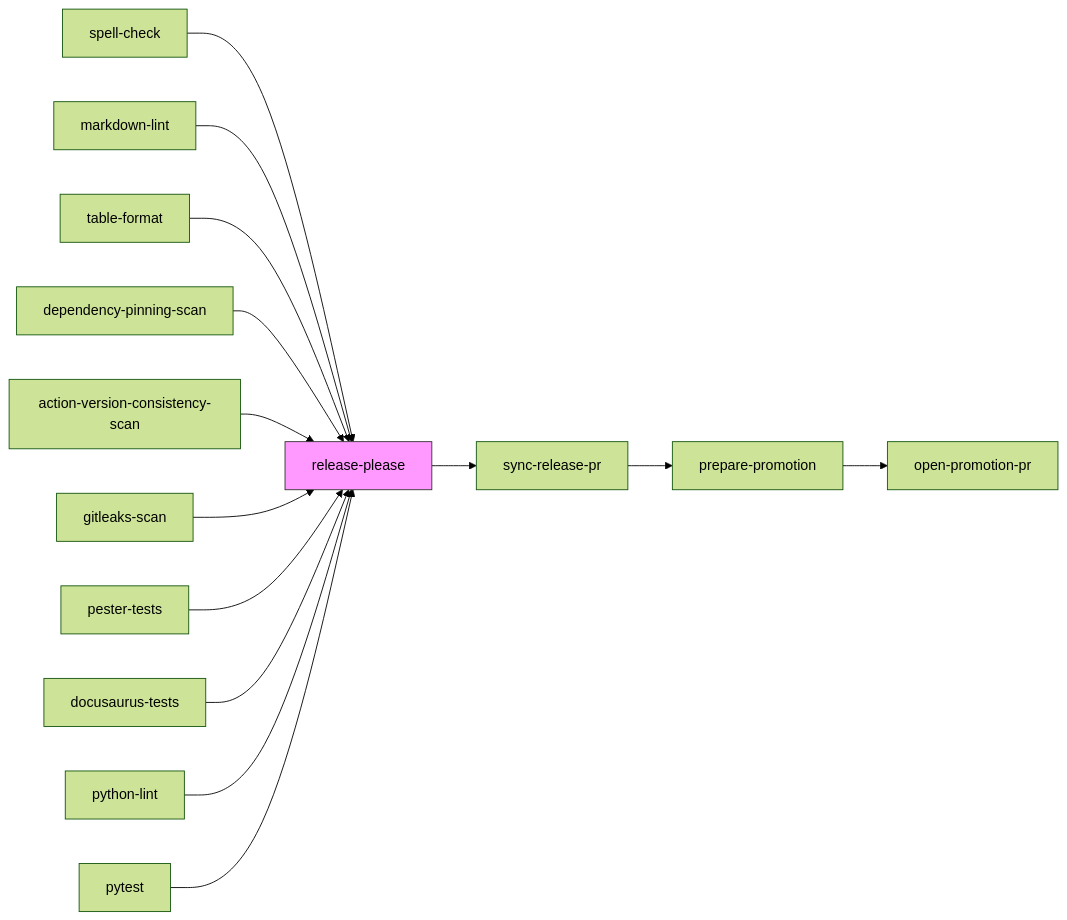
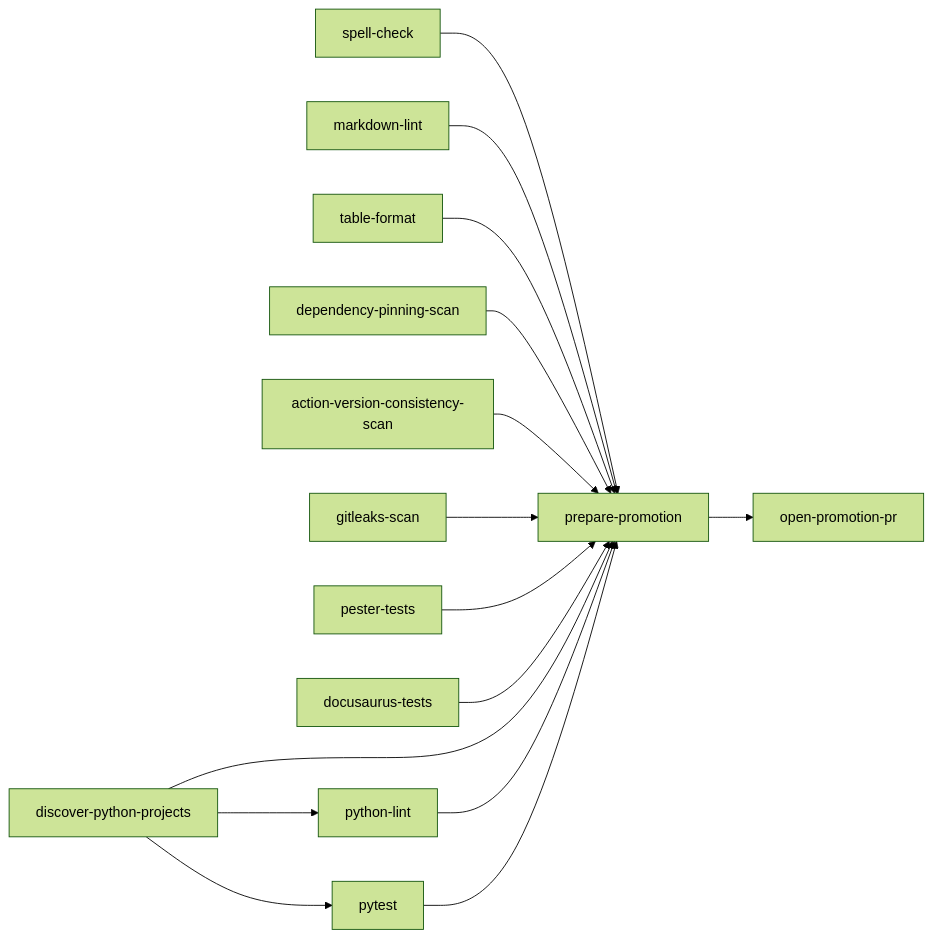
The third of 4 diagrams in docs/architecture/workflows.md (microsoft/hve-core), drawn with Mermaid (forest theme) before and after one commit. The commit also changed other lines of this file and 31 other files, not shown here.

````diff
--- a/docs/architecture/workflows.md
+++ b/docs/architecture/workflows.md
@@ -192,17 +196,17 @@
 ```mermaid
 flowchart LR
-    V1[spell-check] --> RP[release-please]
-    V2[markdown-lint] --> RP
-    V3[table-format] --> RP
-    V4[dependency-pinning-scan] --> RP
-    V5[action-version-consistency-scan] --> RP
-    V6[gitleaks-scan] --> RP
-    V7[pester-tests] --> RP
-    V8[docusaurus-tests] --> RP
-    V9[python-lint] --> RP
-    V10[pytest] --> RP
-    RP --> SYNC[sync-release-pr]
-    SYNC --> PREP[prepare-promotion]
+    V1[spell-check] --> PREP[prepare-promotion]
+    V2[markdown-lint] --> PREP
+    V3[table-format] --> PREP
+    V4[dependency-pinning-scan] --> PREP
+    V5[action-version-consistency-scan] --> PREP
+    V6[gitleaks-scan] --> PREP
+    V7[pester-tests] --> PREP
+    V8[docusaurus-tests] --> PREP
+    V9[discover-python-projects] --> PREP
+    V9 --> V10[python-lint]
+    V9 --> V11[pytest]
+    V10 --> PREP
+    V11 --> PREP
     PREP --> PR[open-promotion-pr]
-    style RP fill:#f9f,stroke:#333
 ```
````
